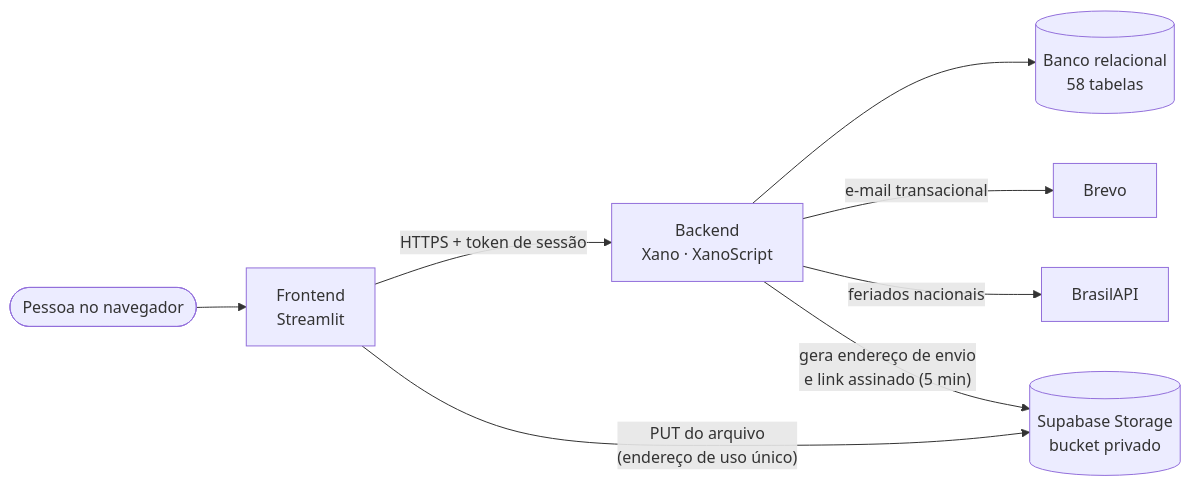
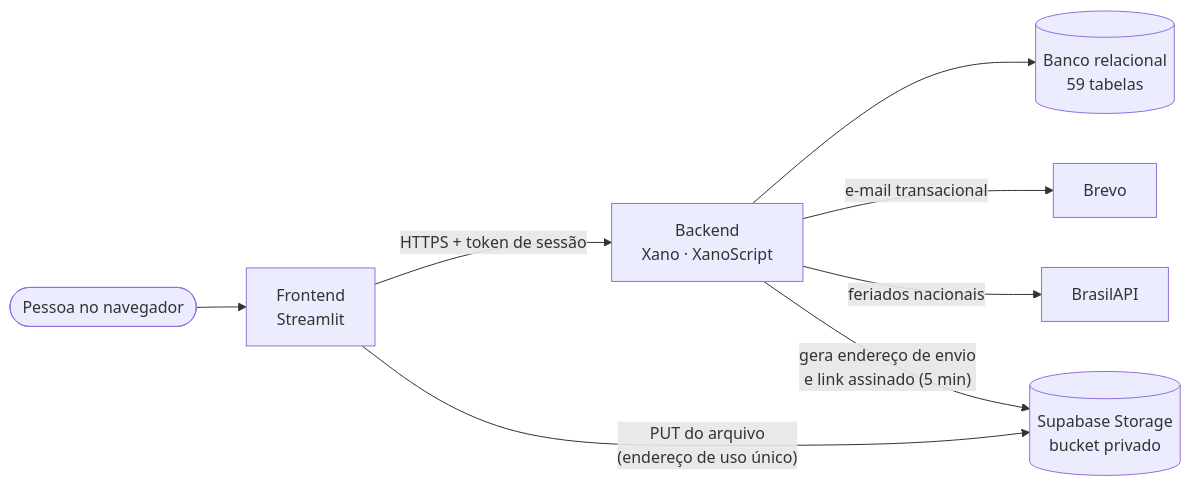
One commit to leonardo-sferreira/conectahr changed the diagram in README.md. Above: the diagram before and after it, drawn with Mermaid. The commit also changed other lines of this file and 22 other files, not shown here.

````diff
--- a/README.md
+++ b/README.md
@@ -94,10 +98,10 @@
 ```mermaid
 flowchart LR
     U([Pessoa no navegador]) --> FE[Frontend<br/>Streamlit]
     FE -- "HTTPS + token de sessão" --> BE[Backend<br/>Xano · XanoScript]
-    BE --> DB[(Banco relacional<br/>58 tabelas)]
+    BE --> DB[(Banco relacional<br/>59 tabelas)]
     BE -- "e-mail transacional" --> BR[Brevo]
     BE -- "feriados nacionais" --> BA[BrasilAPI]
     BE -- "gera endereço de envio<br/>e link assinado (5 min)" --> SB[(Supabase Storage<br/>bucket privado)]
     FE -- "PUT do arquivo<br/>(endereço de uso único)" --> SB
 ```
````
